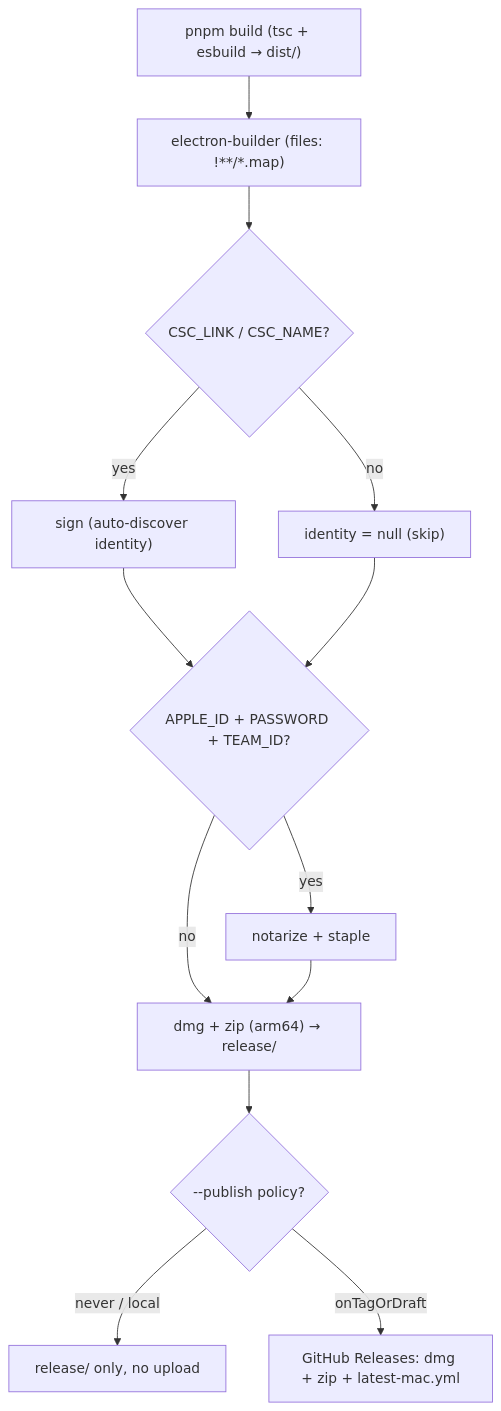
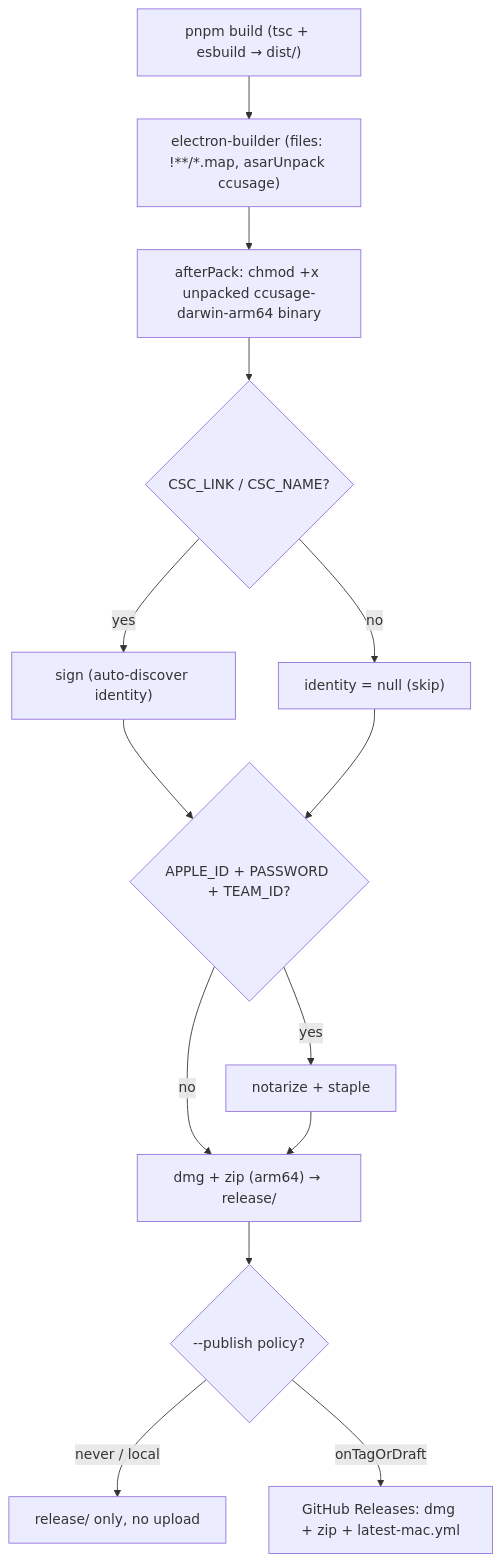
One commit to tangentlin/burnbar changed the diagram in docs/modules/packaging.md. Above: the diagram before and after it, drawn with Mermaid. The commit also changed other lines of this file and 3 other files, not shown here.

First line of the commit message:
fix: chmod ccusage native binary before signing (fixes prod EPERM crash)

````diff
--- a/docs/modules/packaging.md
+++ b/docs/modules/packaging.md
@@ -33,15 +34,16 @@
 ```mermaid
 flowchart TD
-    build["pnpm build (tsc + esbuild → dist/)"] --> eb["electron-builder (files: !**/*.map)"]
-    eb --> sign{"CSC_LINK / CSC_NAME?"}
+    build["pnpm build (tsc + esbuild → dist/)"] --> eb["electron-builder (files: !**/*.map, asarUnpack ccusage)"]
+    eb --> chmod["afterPack: chmod +x unpacked ccusage-darwin-arm64 binary"]
+    chmod --> sign{"CSC_LINK / CSC_NAME?"}
     sign -- yes --> signed["sign (auto-discover identity)"]
     sign -- no --> unsigned["identity = null (skip)"]
     signed --> notar{"APPLE_ID + PASSWORD + TEAM_ID?"}
     unsigned --> notar
     notar -- yes --> stapled["notarize + staple"]
     notar -- no --> done["dmg + zip (arm64) → release/"]
     stapled --> done
     done --> pub{"--publish policy?"}
     pub -- never / local --> stop["release/ only, no upload"]
     pub -- onTagOrDraft --> gh["GitHub Releases: dmg + zip + latest-mac.yml"]
 ```
````
